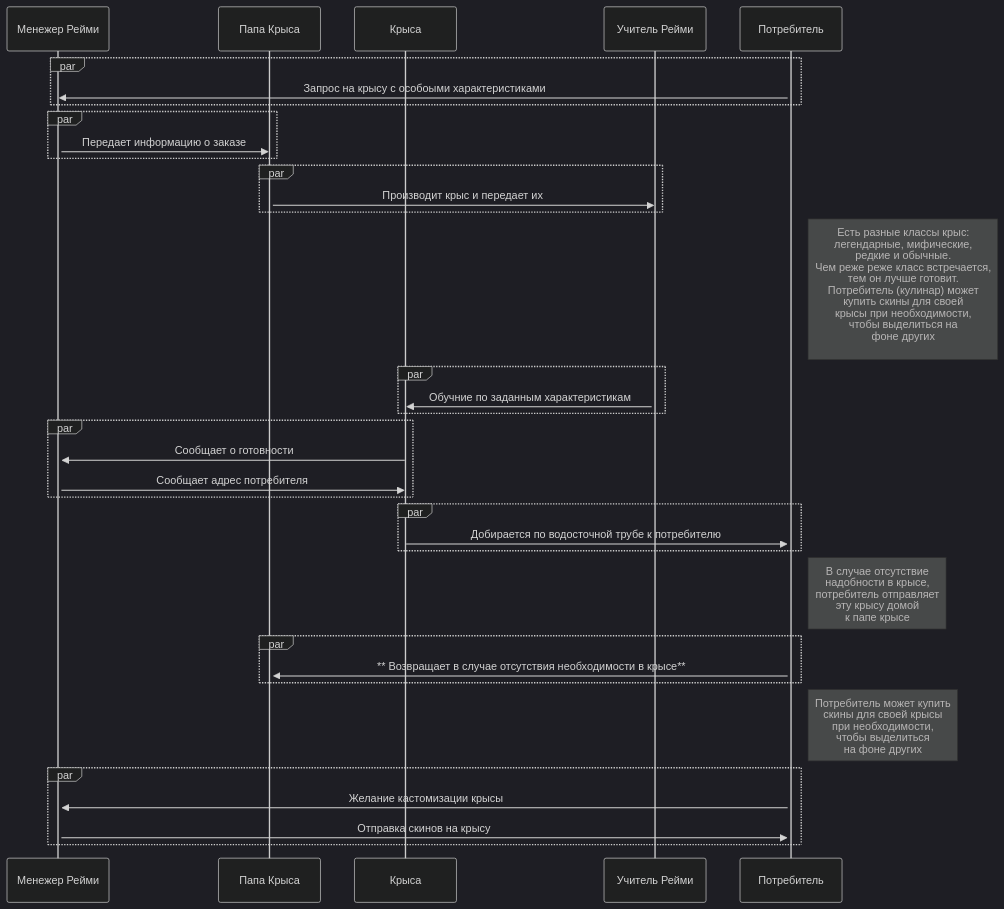
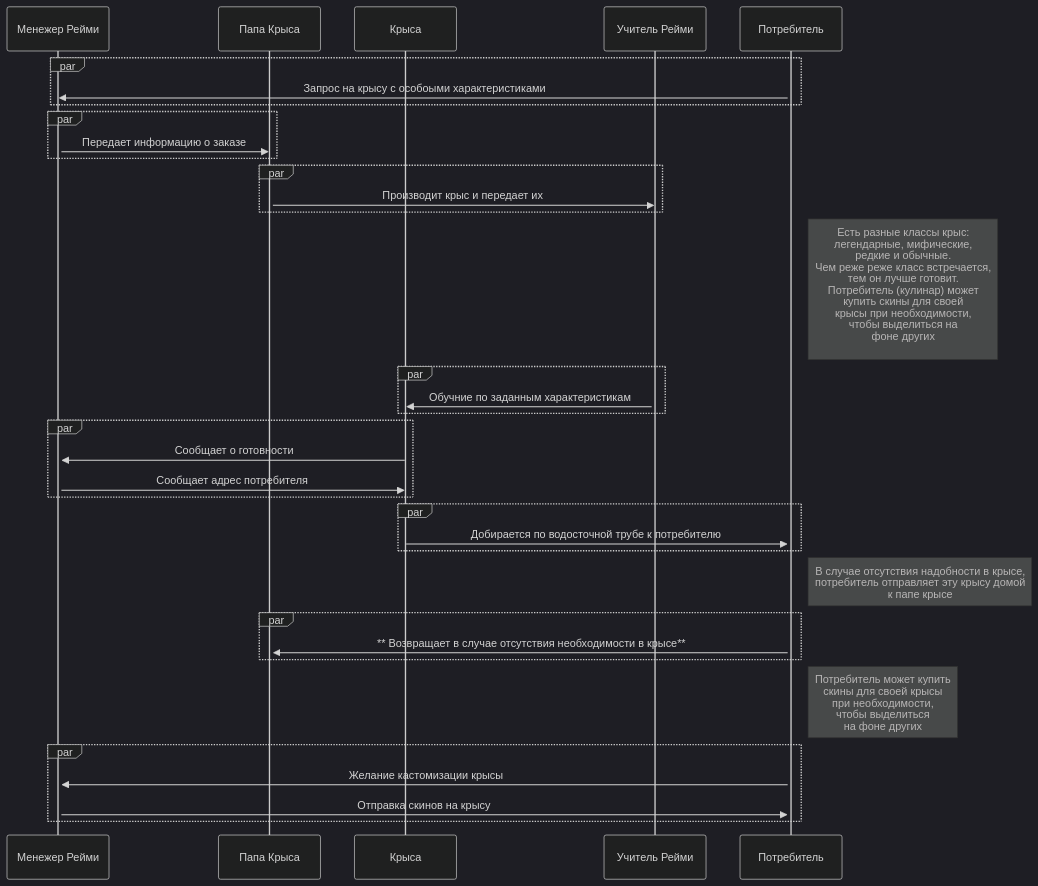
Before and after one commit to VegaMethadone/Software-engineering-: the diagram in README.md, drawn with Mermaid (dark theme).

````diff
--- a/README.md
+++ b/README.md
@@ -13,44 +13,44 @@
 ```mermaid
 sequenceDiagram
     participant МР as Менежер Рейми
     participant ПК as Папа Крыса
     participant К as Крыса
     participant Р as Учитель Рейми
     participant П as Потребитель
     activate П
     par
         П->>МР: Запрос на крысу с особоыми характеристиками 
     end
     activate МР
     par
         МР->>ПК:Передает информацию о заказе
     end
     activate ПК
     par
         ПК->>Р: Производит крыс и передает их
     end
 
     note right of П: Есть разные классы крыс: <br>легендарные, мифические,<br> редкие и обычные.<br> Чем реже реже класс встречается,<br>тем он лучше готовит. <br> Потребитель (кулинар) может <br>купить скины для своей<br> крысы при необходимости, <br>чтобы выделиться на <br>фоне других<br>
 
     activate Р
     par 
         Р->>К:Обучние по заданным характеристикам
     end
     par
         К->>МР:Сообщает о готовности 
         МР->>К:Сообщает адрес потребителя
     end
     par
         К->>П: Добирается по водосточной трубе к потребителю
     end
-    note right of П: В случае отсутствие<br> надобности в крысе, <br>потребитель отправляет<br> эту крысу домой <br> к папе крысе
+    note right of П: В случае отсутствия надобности в крысе, <br>потребитель отправляет эту крысу домой <br> к папе крысе
     par
         П->>ПК:** Возвращает в случае отсутствия необходимости в крысе**
     end
     note right of П: Потребитель может купить <br> скины для своей крысы <br>при необходимости, <br>чтобы выделиться <br>на фоне других
     par
         П->>МР: Желание кастомизации крысы
         МР->>П: Отправка скинов на крысу
     end
      
 ```
````
